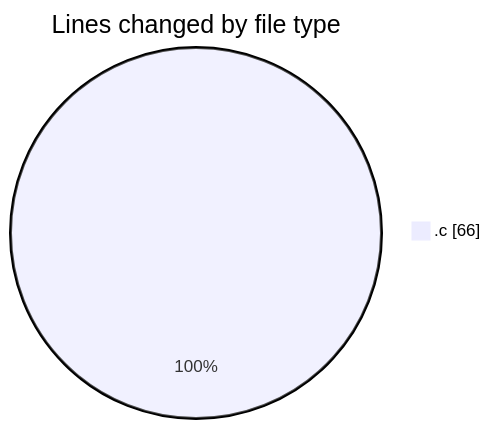
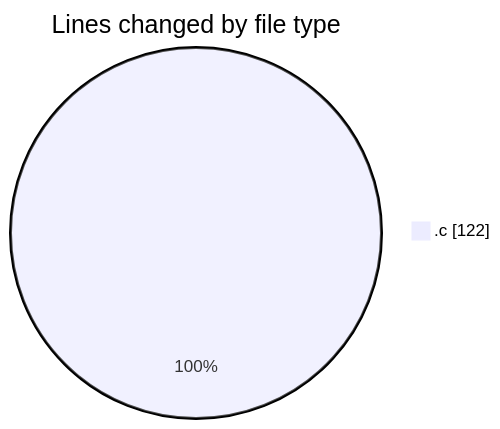
Before and after one commit to Unknowalive/code-tracking: the first of 2 diagrams in 2026-04-09/pws2026/README.md, drawn with Mermaid. The commit also changed other lines of this file and 1 other file, not shown here.

````diff
--- a/2026-04-09/pws2026/README.md
+++ b/2026-04-09/pws2026/README.md
@@ -20,5 +21,5 @@
 ```mermaid
 pie showData
 title Lines changed by file type
-".c" : 66
+".c" : 122
 ```
````
